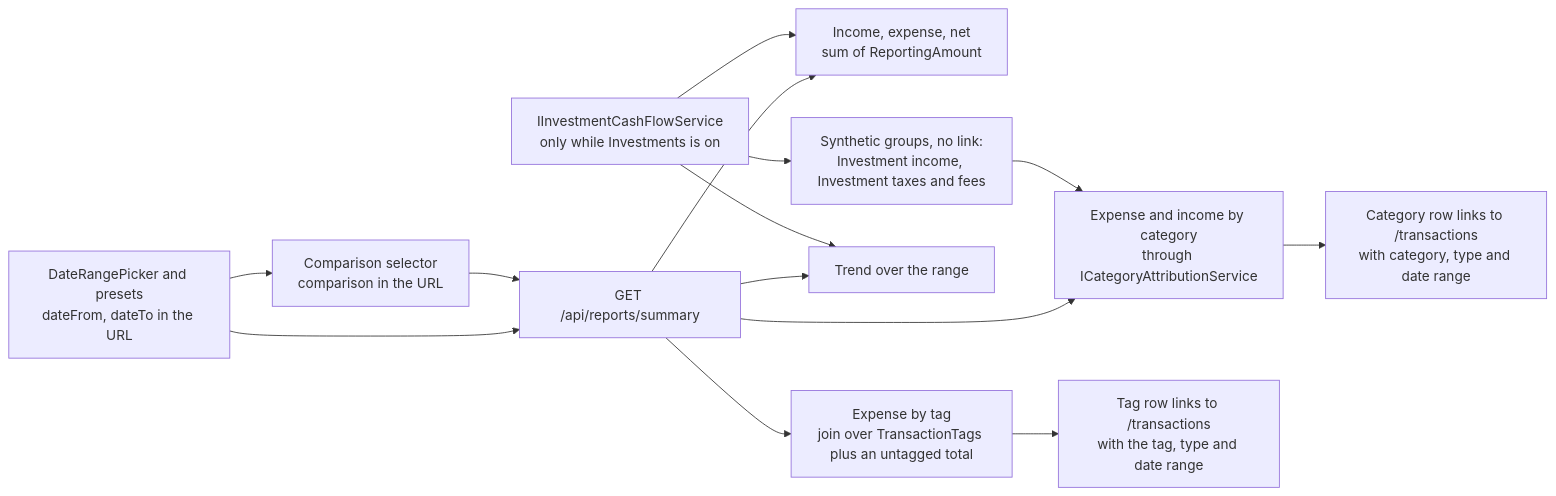
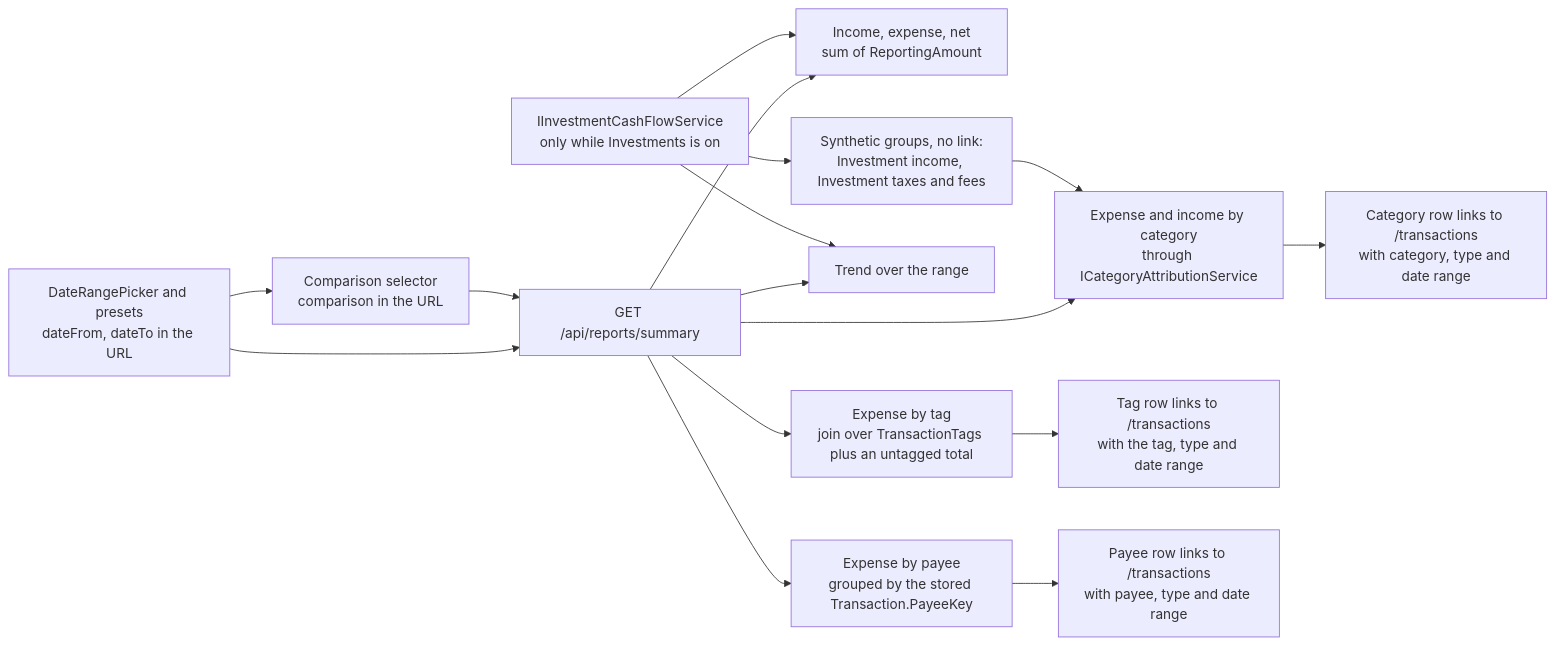
One commit to Justxs/Jx-Finance changed the first of 2 diagrams in docs/features/reports.md. Above: the diagram before and after it, drawn with Mermaid. The commit also changed other lines of this file and 65 other files, not shown here.

````diff
--- a/docs/features/reports.md
+++ b/docs/features/reports.md
@@ -7,16 +7,18 @@
 ```mermaid
 flowchart LR
     Range["DateRangePicker and presets<br/>dateFrom, dateTo in the URL"] --> Api["GET /api/reports/summary"]
     Api --> Totals["Income, expense, net<br/>sum of ReportingAmount"]
     Api --> Break["Expense and income by category<br/>through ICategoryAttributionService"]
     Api --> Tags["Expense by tag<br/>join over TransactionTags plus an untagged total"]
     Api --> Trend["Trend over the range"]
     Break --> Drill["Category row links to /transactions<br/>with category, type and date range"]
     Tags --> TagDrill["Tag row links to /transactions<br/>with the tag, type and date range"]
+    Api --> Payees["Expense by payee<br/>grouped by the stored Transaction.PayeeKey"]
+    Payees --> PayeeDrill["Payee row links to /transactions<br/>with payee, type and date range"]
     Inv["IInvestmentCashFlowService<br/>only while Investments is on"] --> Totals
     Inv --> Trend
     Inv --> Groups["Synthetic groups, no link:<br/>Investment income, Investment taxes and fees"]
     Groups --> Break
     Range --> Compare["Comparison selector<br/>comparison in the URL"]
     Compare --> Api
 ```
````
